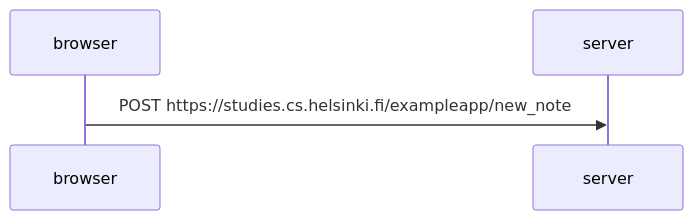
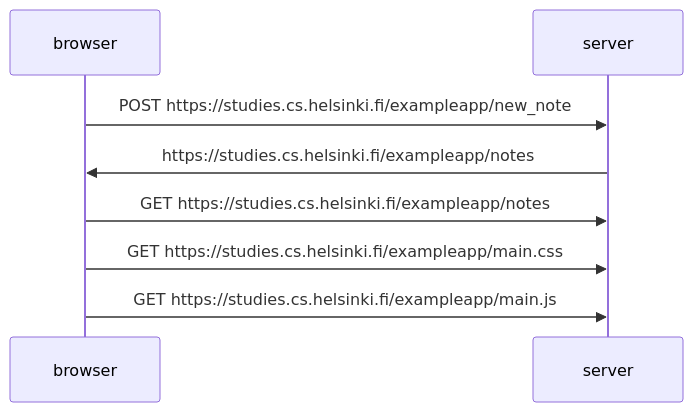
Before and after one commit to oytundd/fullstackopen: the diagram in New-Note-Diagram.md, drawn with Mermaid.

````diff
--- a/New-Note-Diagram.md
+++ b/New-Note-Diagram.md
@@ -1,6 +1,10 @@
 ```mermaid
   sequenceDiagram
       participant browser
       participant server
       browser->>server: POST https://studies.cs.helsinki.fi/exampleapp/new_note
+      server ->>browser : https://studies.cs.helsinki.fi/exampleapp/notes
+      browser->>server: GET https://studies.cs.helsinki.fi/exampleapp/notes
+      browser->>server: GET https://studies.cs.helsinki.fi/exampleapp/main.css
+      browser->>server: GET https://studies.cs.helsinki.fi/exampleapp/main.js
 ```
````
